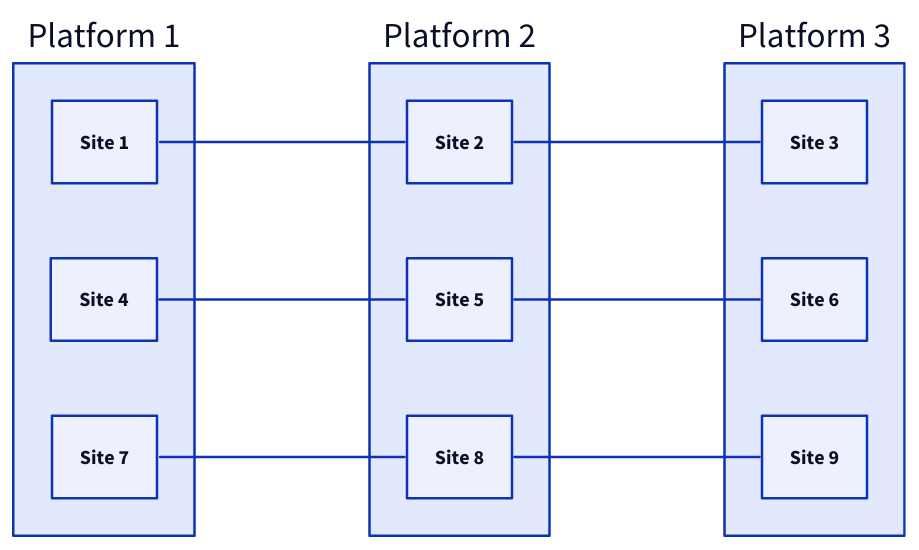
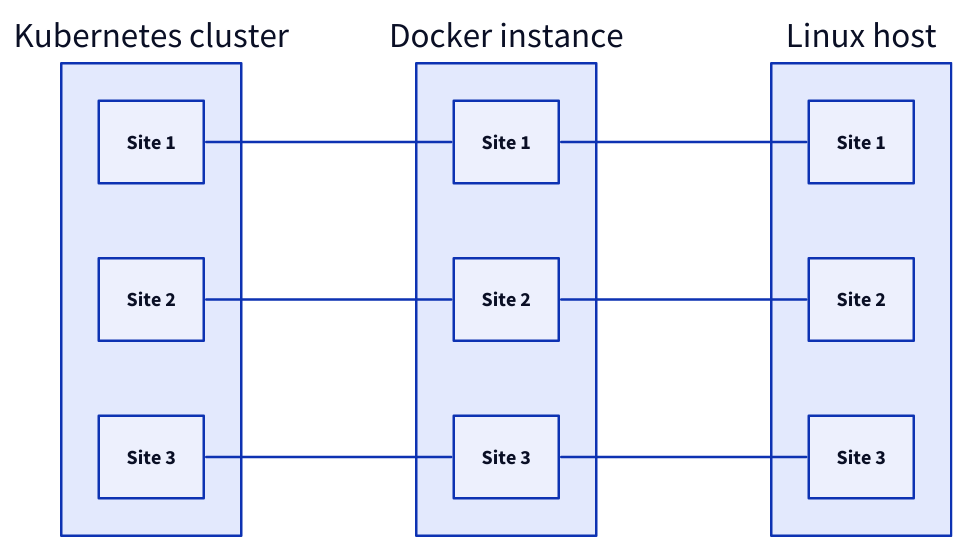
One commit to skupperproject/refdog changed the diagram in input/concepts/images/platform-2.d2. Above: the diagram before and after it, drawn with D2. The commit also changed 45 other files, not shown here.

```diff
--- a/input/concepts/images/platform-2.d2
+++ b/input/concepts/images/platform-2.d2
@@ -1,5 +1,5 @@
 direction: right
 
-Platform 1.Site 1 -- Platform 2.Site 2 -- Platform 3.Site 3
-Platform 1.Site 4 -- Platform 2.Site 5 -- Platform 3.Site 6
-Platform 1.Site 7 -- Platform 2.Site 8 -- Platform 3.Site 9
+Kubernetes cluster.Site 1 -- Docker instance.Site 1 -- Linux host.Site 1
+Kubernetes cluster.Site 2 -- Docker instance.Site 2 -- Linux host.Site 2
+Kubernetes cluster.Site 3 -- Docker instance.Site 3 -- Linux host.Site 3
```
